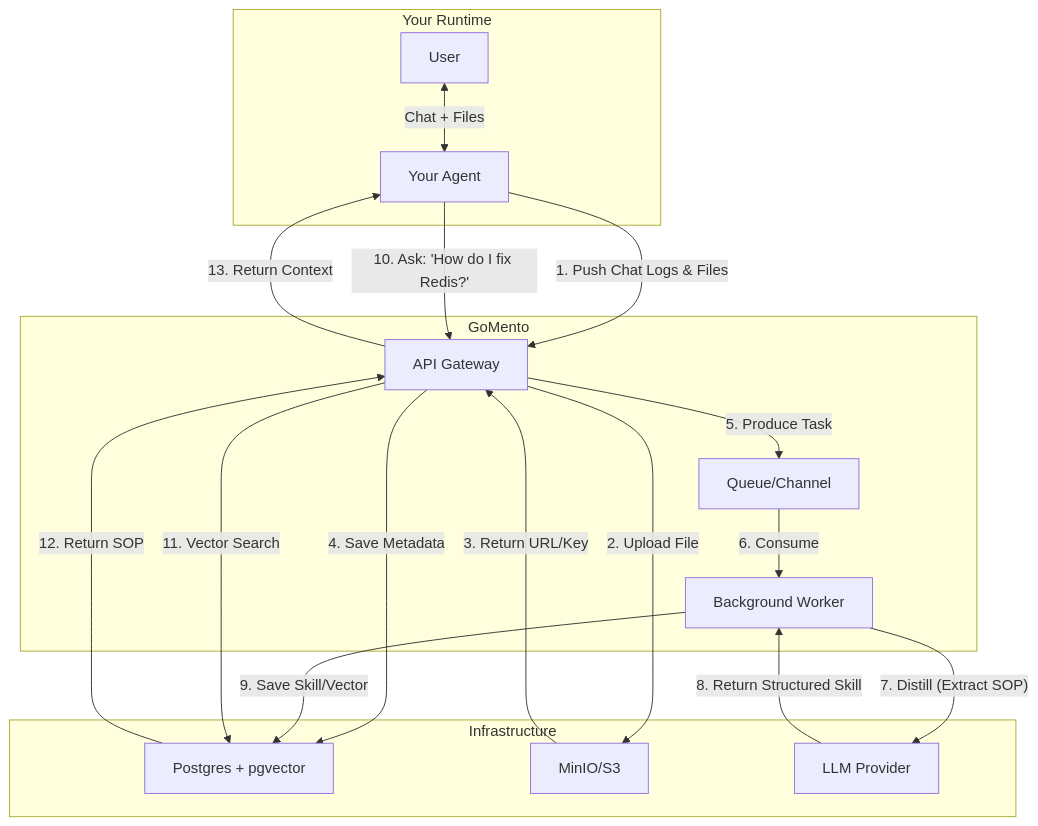
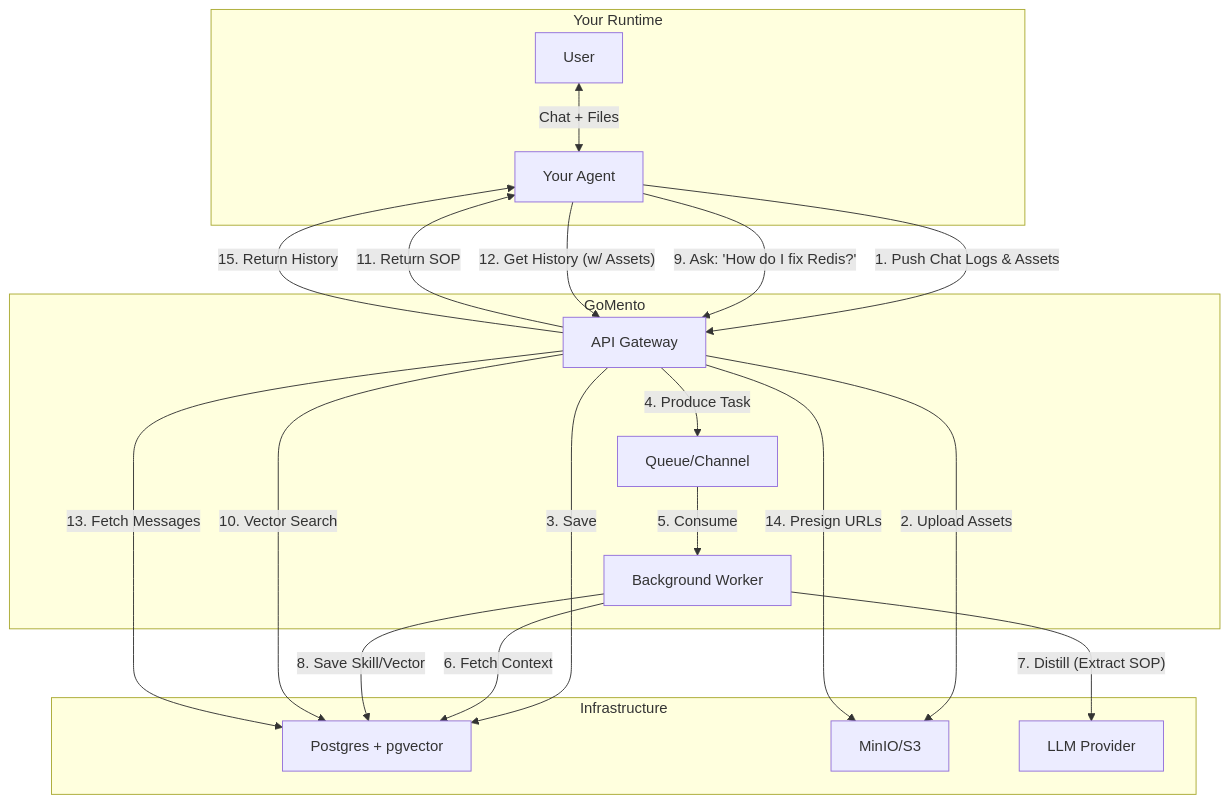
Before and after one commit to w-h-a/gomento: the first of 2 diagrams in README.md, drawn with Mermaid.

Commit message:
docs: update README (#25)

````diff
--- a/README.md
+++ b/README.md
@@ -23,37 +23,41 @@
 ```mermaid
 graph TD
     subgraph "Your Runtime"
         User[User] <-->|Chat + Files| Agent[Your Agent]
     end
 
     subgraph "GoMento"
         API[API Gateway]
         Queue[Queue/Channel]
         Worker[Background Worker]
     end
 
     subgraph "Infrastructure"
         Postgres[Postgres + pgvector]
         MinIO[MinIO/S3]
         LLM[LLM Provider]
     end
 
     %% Flow 1: Storing Context
-    Agent -- "1. Push Chat Logs & Files" --> API
-    API -- "2. Upload File" --> MinIO
-    MinIO -- "3. Return URL/Key" --> API
-    API -- "4. Save Metadata" --> Postgres
-    API -- "5. Produce Task" --> Queue
+    Agent -- "1. Push Chat Logs & Assets" --> API
+    API -- "2. Upload Assets" --> MinIO
+    API -- "3. Save" --> Postgres
+    API -- "4. Produce Task" --> Queue
     
     %% Flow 2: Distillation
-    Queue -- "6. Consume" --> Worker
+    Queue -- "5. Consume" --> Worker
+    Worker -- "6. Fetch Context" --> Postgres
     Worker -- "7. Distill (Extract SOP)" --> LLM
-    LLM -- "8. Return Structured Skill" --> Worker
-    Worker -- "9. Save Skill/Vector" --> Postgres
+    Worker -- "8. Save Skill/Vector" --> Postgres
 
-    %% Flow 3: Retrieval
-    Agent -- "10. Ask: 'How do I fix Redis?'" --> API
-    API -- "11. Vector Search" --> Postgres
-    Postgres -- "12. Return SOP" --> API
-    API -- "13. Return Context" --> Agent
+    %% Flow 3: Retrieval (Skills)
+    Agent -- "9. Ask: 'How do I fix Redis?'" --> API
+    API -- "10. Vector Search" --> Postgres
+    API -- "11. Return SOP" --> Agent
+
+    %% Flow 4: Retrieval (Messages + Assets)
+    Agent -- "12. Get History (w/ Assets)" --> API
+    API -- "13. Fetch Messages" --> Postgres
+    API -- "14. Presign URLs" --> MinIO
+    API -- "15. Return History" --> Agent
 ```
````
